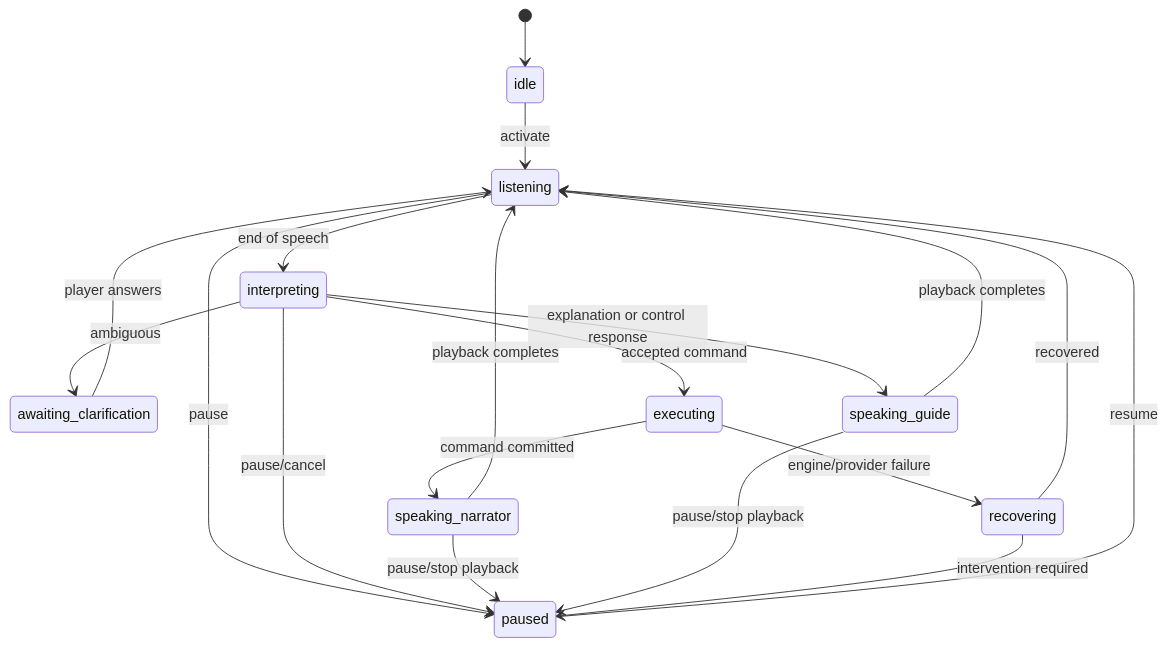
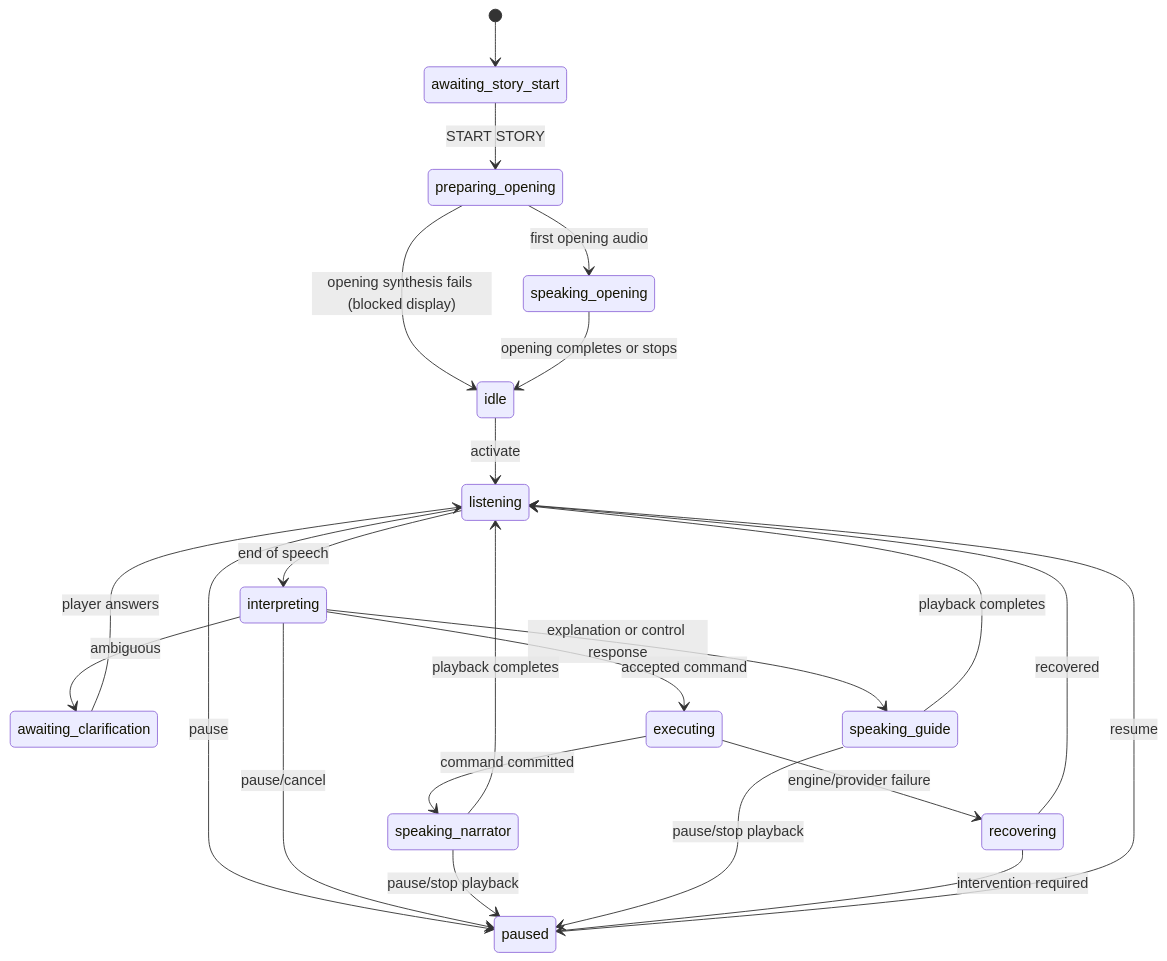
The second of 2 diagrams in docs/architecture.md (virusimmortal00/sttork), drawn with Mermaid before and after one commit. The commit also changed other lines of this file and 20 other files, not shown here.

Commit message:
feat: narrate the story opening on start

````diff
--- a/docs/architecture.md
+++ b/docs/architecture.md
@@ -395,21 +417,25 @@
 ```mermaid
 stateDiagram-v2
-    [*] --> idle
+    [*] --> awaiting_story_start
+    awaiting_story_start --> preparing_opening: START STORY
+    preparing_opening --> speaking_opening: first opening audio
+    preparing_opening --> idle: opening synthesis fails (blocked display)
+    speaking_opening --> idle: opening completes or stops
     idle --> listening: activate
     listening --> interpreting: end of speech
     interpreting --> awaiting_clarification: ambiguous
     interpreting --> executing: accepted command
     interpreting --> speaking_guide: explanation or control response
     awaiting_clarification --> listening: player answers
     executing --> speaking_narrator: command committed
     speaking_narrator --> listening: playback completes
     speaking_guide --> listening: playback completes
     listening --> paused: pause
     interpreting --> paused: pause/cancel
     speaking_narrator --> paused: pause/stop playback
     speaking_guide --> paused: pause/stop playback
     paused --> listening: resume
     executing --> recovering: engine/provider failure
     recovering --> listening: recovered
     recovering --> paused: intervention required
 ```
````
